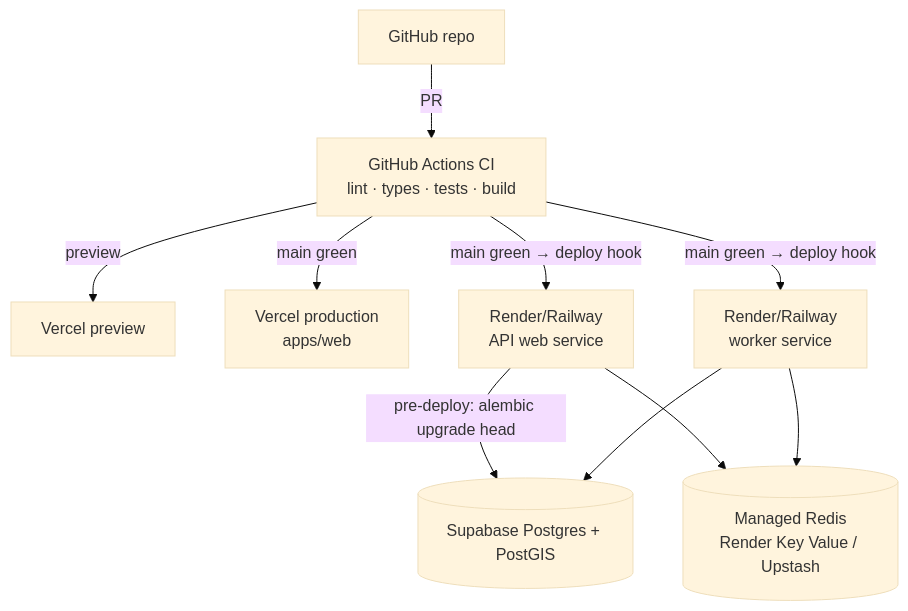
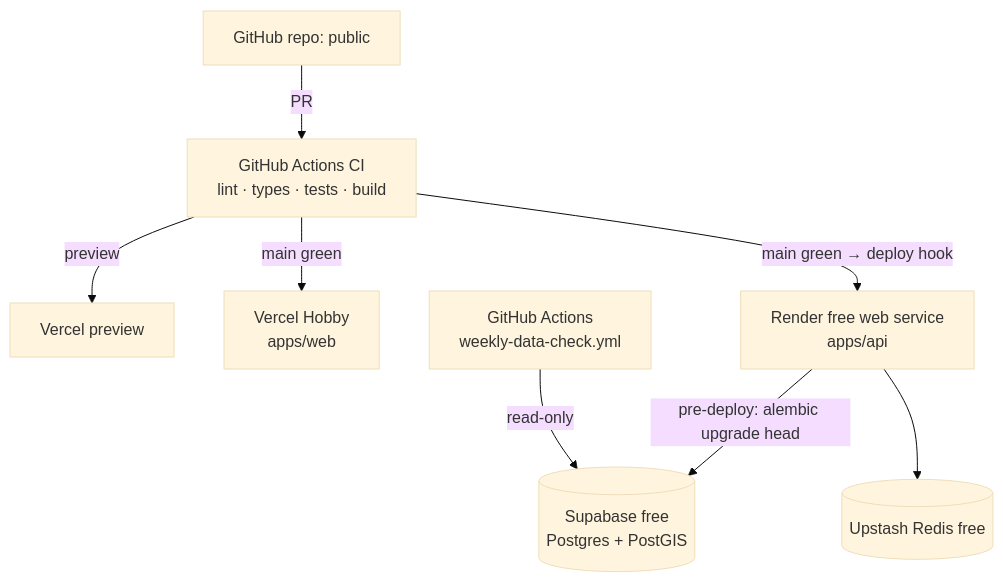
Before and after one commit to NagbhushanPai/AeroGuide: the diagram in docs/architecture/deployment-architecture.md, drawn with Mermaid (base theme). The commit also changed other lines of this file and 36 other files, not shown here.

````diff
--- a/docs/architecture/deployment-architecture.md
+++ b/docs/architecture/deployment-architecture.md
@@ -5,12 +5,10 @@
 ```mermaid
 flowchart TB
-  GH[GitHub repo] -->|PR| CI[GitHub Actions CI<br/>lint · types · tests · build]
+  GH[GitHub repo: public] -->|PR| CI[GitHub Actions CI<br/>lint · types · tests · build]
   CI -->|preview| VP[Vercel preview]
-  CI -->|main green| VD[Vercel production<br/>apps/web]
-  CI -->|main green → deploy hook| RA[Render/Railway<br/>API web service]
-  CI -->|main green → deploy hook| RW[Render/Railway<br/>worker service]
-  RA -->|pre-deploy: alembic upgrade head| SB[(Supabase Postgres + PostGIS)]
-  RA --> RD[(Managed Redis<br/>Render Key Value / Upstash)]
-  RW --> RD
-  RW --> SB
+  CI -->|main green| VD[Vercel Hobby<br/>apps/web]
+  CI -->|main green → deploy hook| RA[Render free web service<br/>apps/api]
+  CRON[GitHub Actions<br/>weekly-data-check.yml] -->|read-only| SB
+  RA -->|pre-deploy: alembic upgrade head| SB[(Supabase free<br/>Postgres + PostGIS)]
+  RA --> RD[(Upstash Redis free)]
 ```
````
